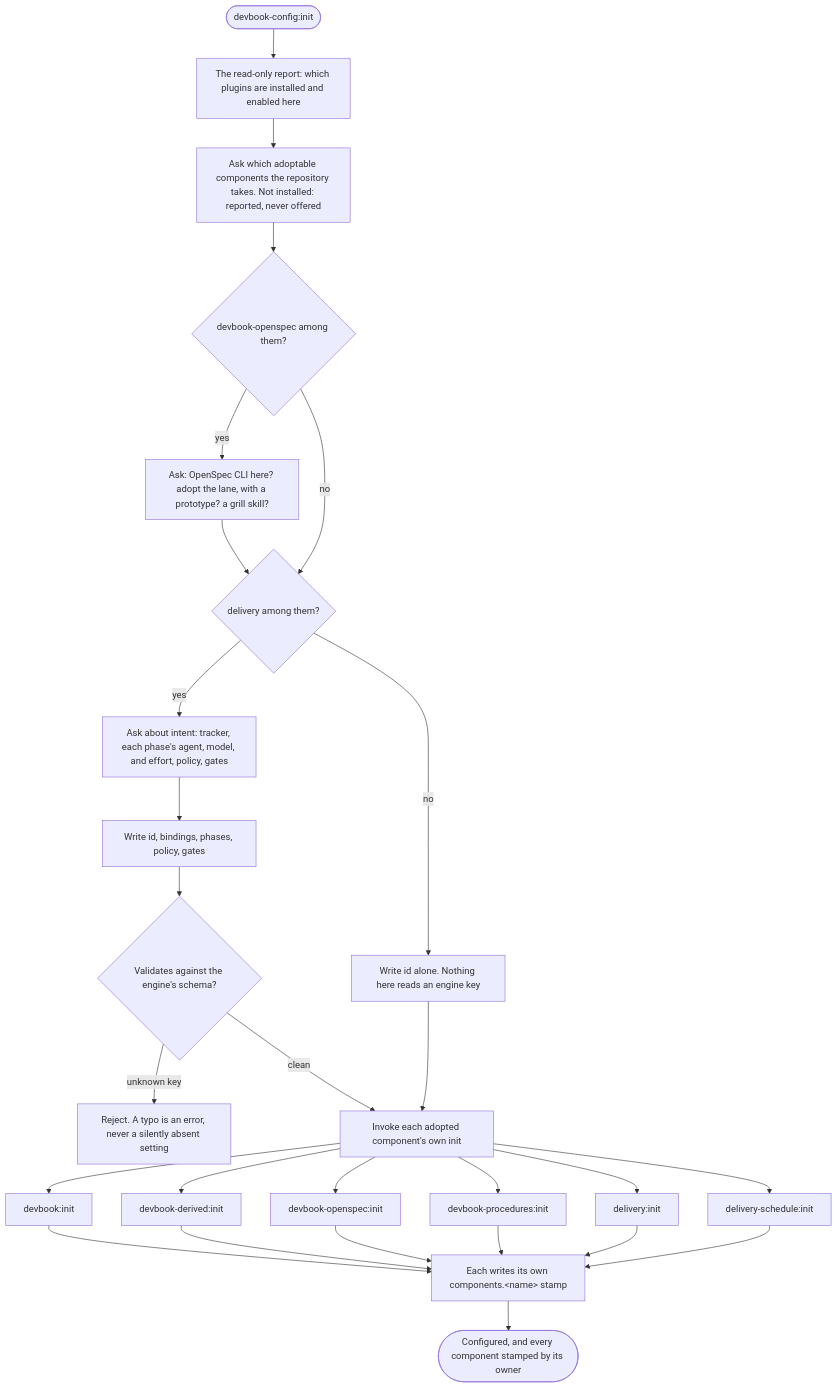
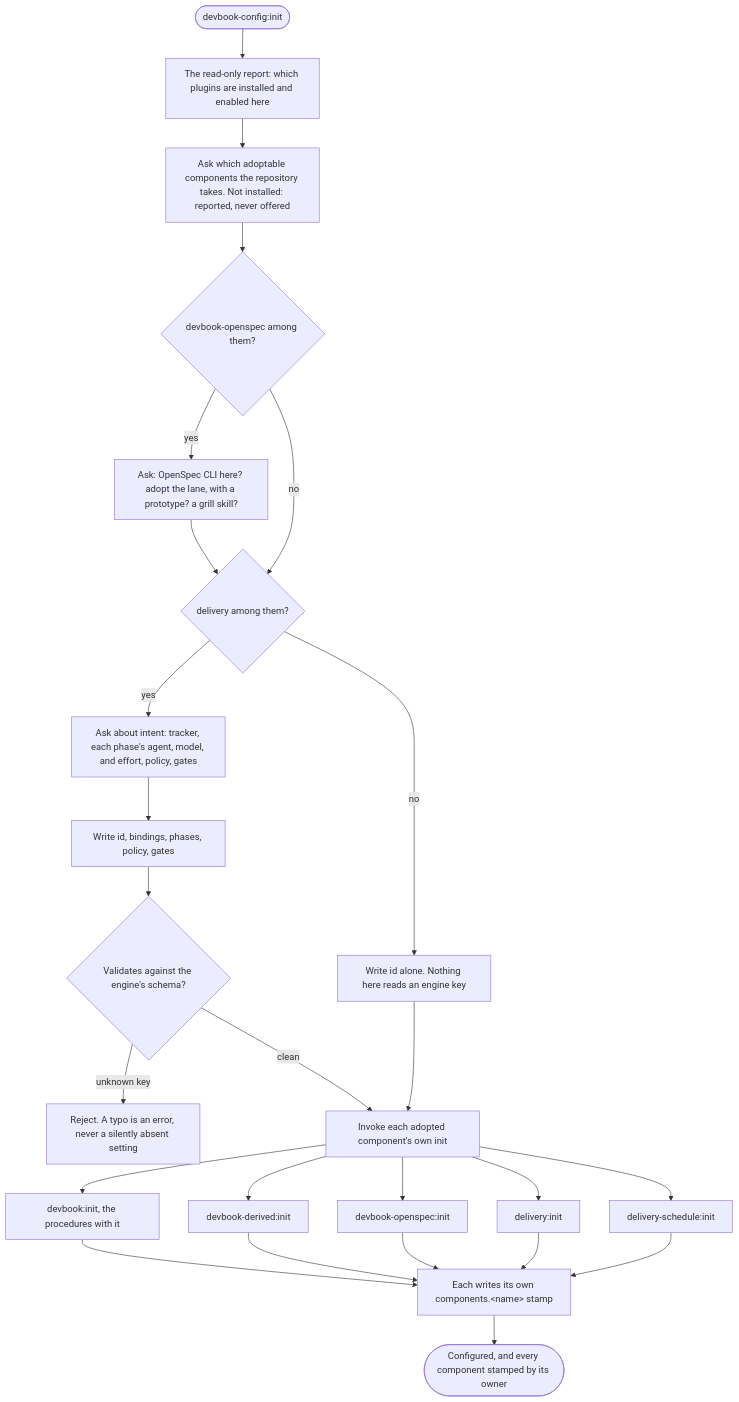
Before and after one commit to JSdotNet/ai-agent-stack: the second of 3 diagrams in .devbook/arc42/building-blocks/devbook-config.md, drawn with Mermaid. The commit also changed 66 other files, not shown here.

First line of the commit message:
devbook: fold devbook-procedures into devbook (contract 27)

````diff
--- a/.devbook/arc42/building-blocks/devbook-config.md
+++ b/.devbook/arc42/building-blocks/devbook-config.md
@@ -451,29 +451,27 @@
 ```mermaid
 flowchart TD
     start(["devbook-config:init"]) --> report["The read-only report: which plugins are installed and enabled here"]
     report --> adopt["Ask which adoptable components the repository takes. Not installed: reported, never offered"]
     adopt --> lane{"devbook-openspec among them?"}
     lane -->|yes| laneAsk["Ask: OpenSpec CLI here? adopt the lane, with a prototype? a grill skill?"]
     laneAsk --> delivery{"delivery among them?"}
     lane -->|no| delivery
     delivery -->|no| idOnly["Write id alone. Nothing here reads an engine key"]
     delivery -->|yes| intent["Ask about intent: tracker, each phase's agent, model, and effort, policy, gates"]
     intent --> keys["Write id, bindings, phases, policy, gates"]
     keys --> validate{"Validates against the engine's schema?"}
     validate -->|"unknown key"| reject["Reject. A typo is an error, never a silently absent setting"]
     validate -->|clean| fanout["Invoke each adopted component's own init"]
     idOnly --> fanout
-    fanout --> devbookInstall["devbook:init"]
+    fanout --> devbookInstall["devbook:init, the procedures with it"]
     fanout --> derivedInstall["devbook-derived:init"]
     fanout --> openspecInstall["devbook-openspec:init"]
-    fanout --> proceduresInstall["devbook-procedures:init"]
     fanout --> deliveryInstall["delivery:init"]
     fanout --> scheduleInstall["delivery-schedule:init"]
     devbookInstall --> stamps["Each writes its own components.&lt;name&gt; stamp"]
     derivedInstall --> stamps
     openspecInstall --> stamps
-    proceduresInstall --> stamps
     deliveryInstall --> stamps
     scheduleInstall --> stamps
     stamps --> done(["Configured, and every component stamped by its owner"])
 ```
````
